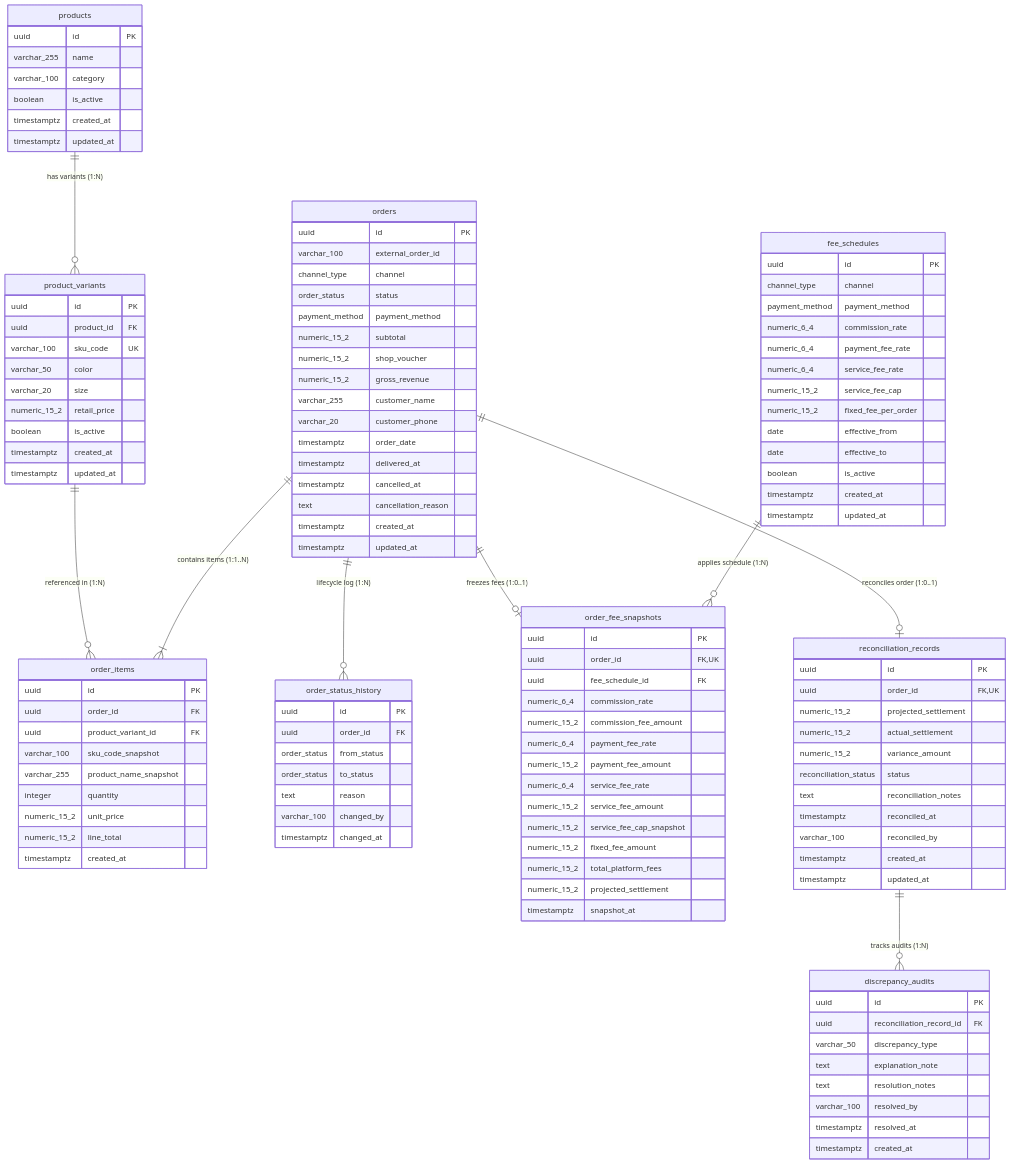
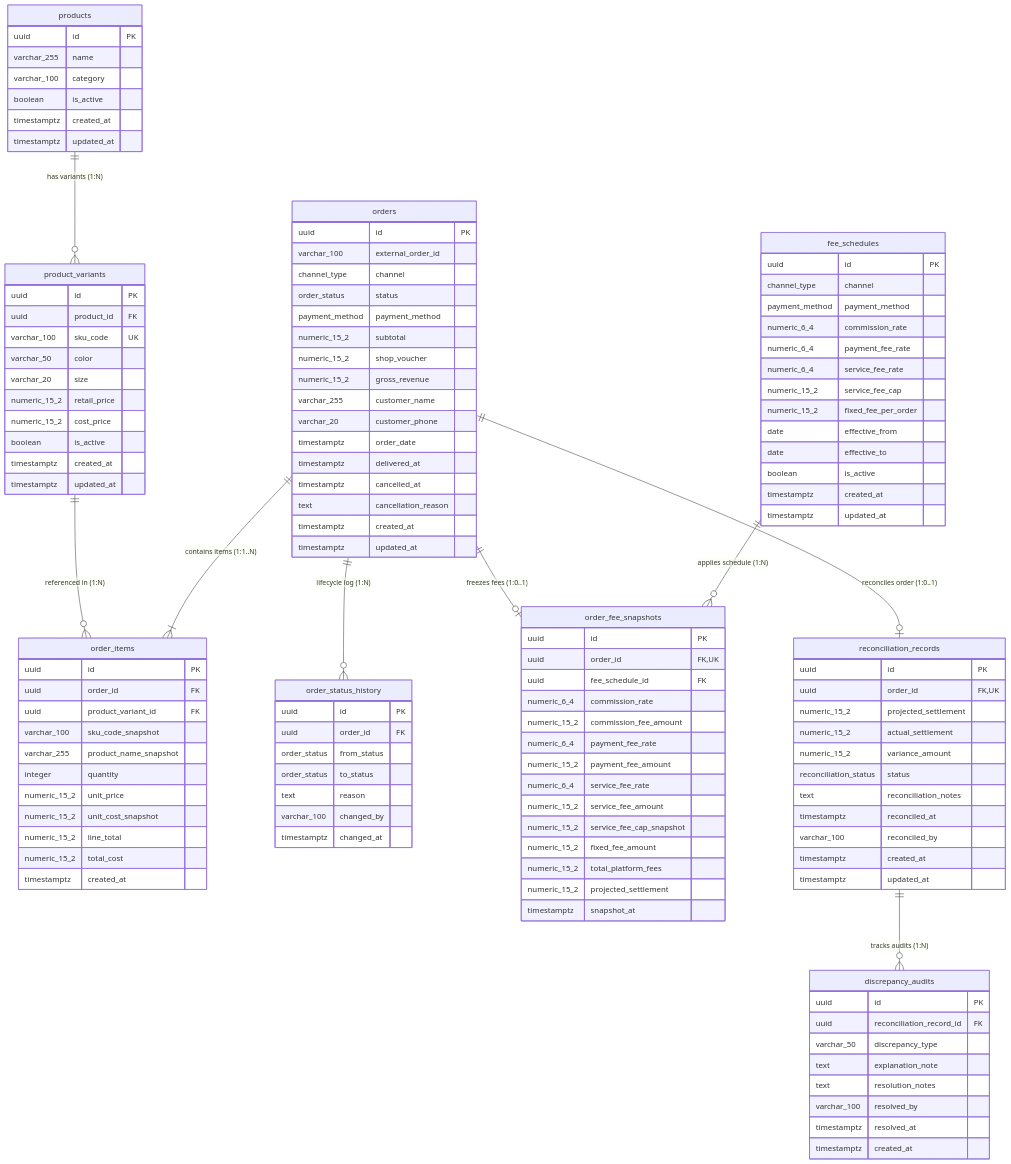
The diagram in docs/database/database-design_en.md (duchoa0405/Quanly_DoanhThu_LoiNhuan_DangDucHoa_VSF), drawn with Mermaid before and after one commit. The commit also changed other lines of this file and 1 other file, not shown here.

Commit message:
update schema for contribution profit model

```diff
--- a/docs/database/database-design_en.md
+++ b/docs/database/database-design_en.md
@@ -60,6 +73,7 @@
         varchar_50 color
         varchar_20 size
         numeric_15_2 retail_price
+        numeric_15_2 cost_price
         boolean is_active
         timestamptz created_at
         timestamptz updated_at
@@ -92,7 +106,9 @@
         varchar_255 product_name_snapshot
         integer quantity
         numeric_15_2 unit_price
+        numeric_15_2 unit_cost_snapshot
         numeric_15_2 line_total
+        numeric_15_2 total_cost
         timestamptz created_at
     }
 
```
